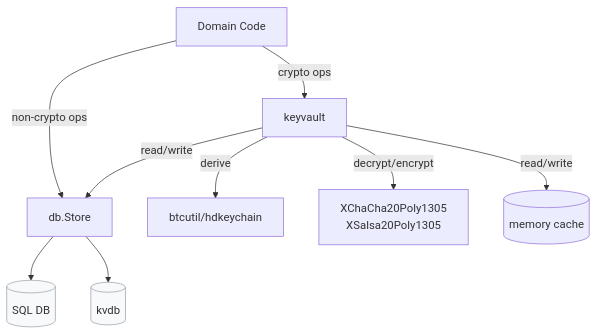
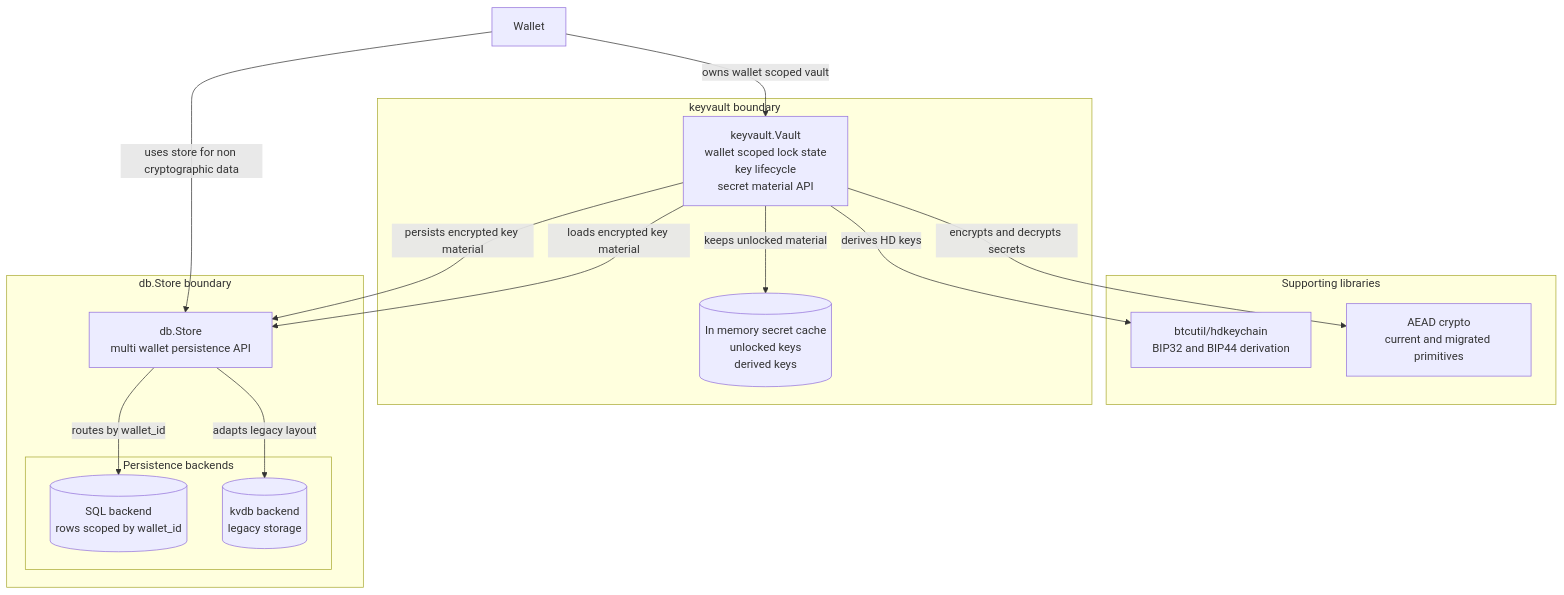
The diagram in docs/developer/adr/0010-keyvault-encryption-layer.md (btcsuite/btcwallet), drawn with Mermaid before and after one commit. The commit also changed other lines of this file, not shown here.

Commit message:
docs: update keyvault ADR scoping to one wallet

````diff
--- a/docs/developer/adr/0010-keyvault-encryption-layer.md
+++ b/docs/developer/adr/0010-keyvault-encryption-layer.md
@@ -26,13 +33,33 @@
 ```mermaid
 flowchart TD
-    A[Domain Code] -->|crypto ops| B[keyvault]
-    A -->|non-crypto ops| E[db.Store]
-    B -->|derive| C[btcutil/hdkeychain]
-    B -->|decrypt/encrypt| F[XChaCha20Poly1305</br>XSalsa20Poly1305]
-    B -->|read/write| E
-    B -->|read/write| H[(memory cache)]
-    E --> D[(SQL DB)]
-    E --> G[(kvdb)]
-    classDef store fill:#f8f9fb,stroke:#9aa0a6,stroke-width:1px
-    class G,D store
+    wallet[Wallet]
+
+    subgraph support[Supporting libraries]
+        hd[btcutil/hdkeychain<br/>BIP32 and BIP44 derivation]
+        crypto[AEAD crypto<br/>current and migrated primitives]
+    end
+
+    subgraph vault_boundary[keyvault boundary]
+        vault[keyvault.Vault<br/>wallet scoped lock state<br/>key lifecycle<br/>secret material API]
+        cache[(In memory secret cache<br/>unlocked keys<br/>derived keys)]
+    end
+
+    subgraph store_boundary[db.Store boundary]
+        store[db.Store<br/>multi wallet persistence API]
+
+        subgraph backends[Persistence backends]
+            sql[(SQL backend<br/>rows scoped by wallet_id)]
+            kvdb[(kvdb backend<br/>legacy storage)]
+        end
+    end
+
+    wallet -->|owns wallet scoped vault| vault
+    wallet -->|uses store for non cryptographic data| store
+    vault -->|persists encrypted key material| store
+    vault -->|loads encrypted key material| store
+    vault -->|keeps unlocked material| cache
+    vault -->|derives HD keys| hd
+    vault -->|encrypts and decrypts secrets| crypto
+    store -->|routes by wallet_id| sql
+    store -->|adapts legacy layout| kvdb
 ```
````
